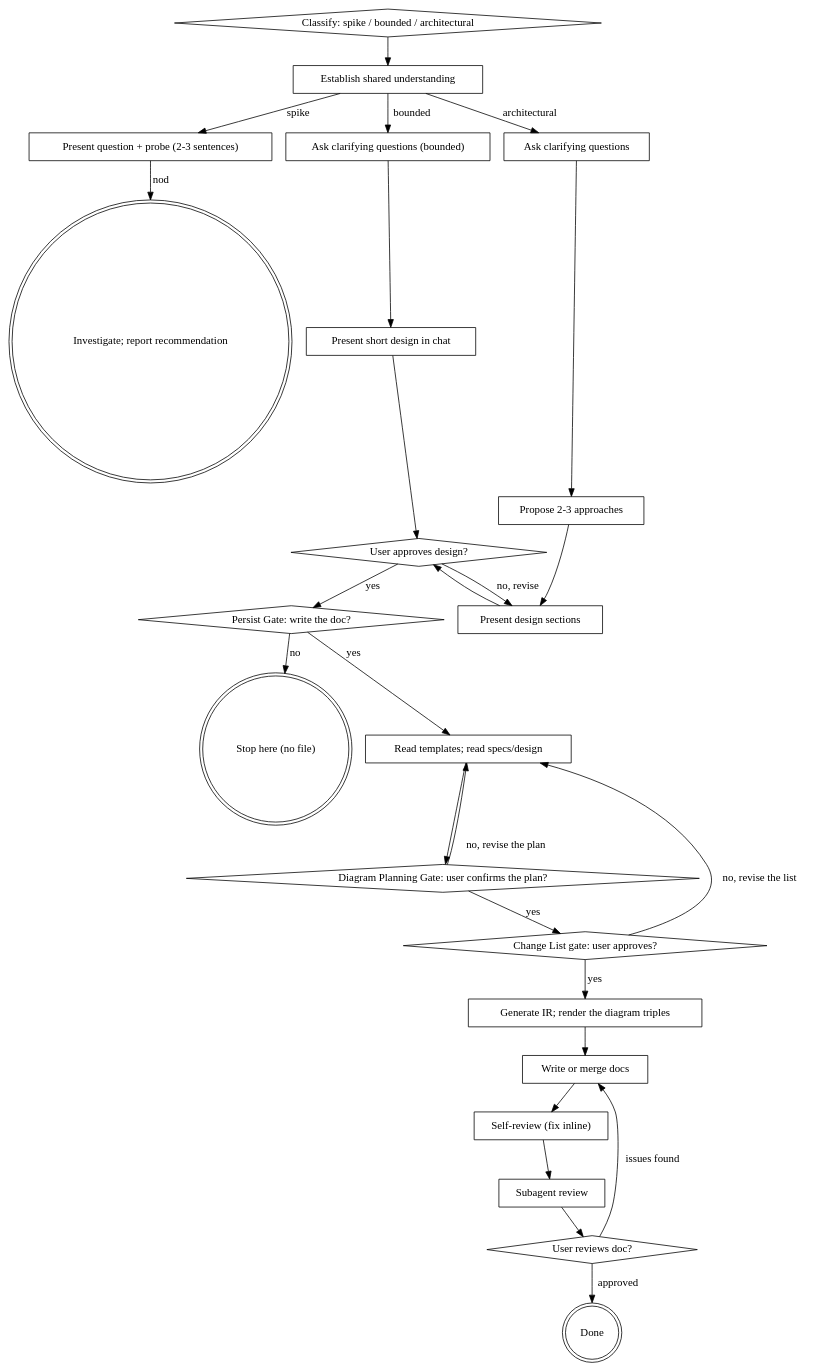
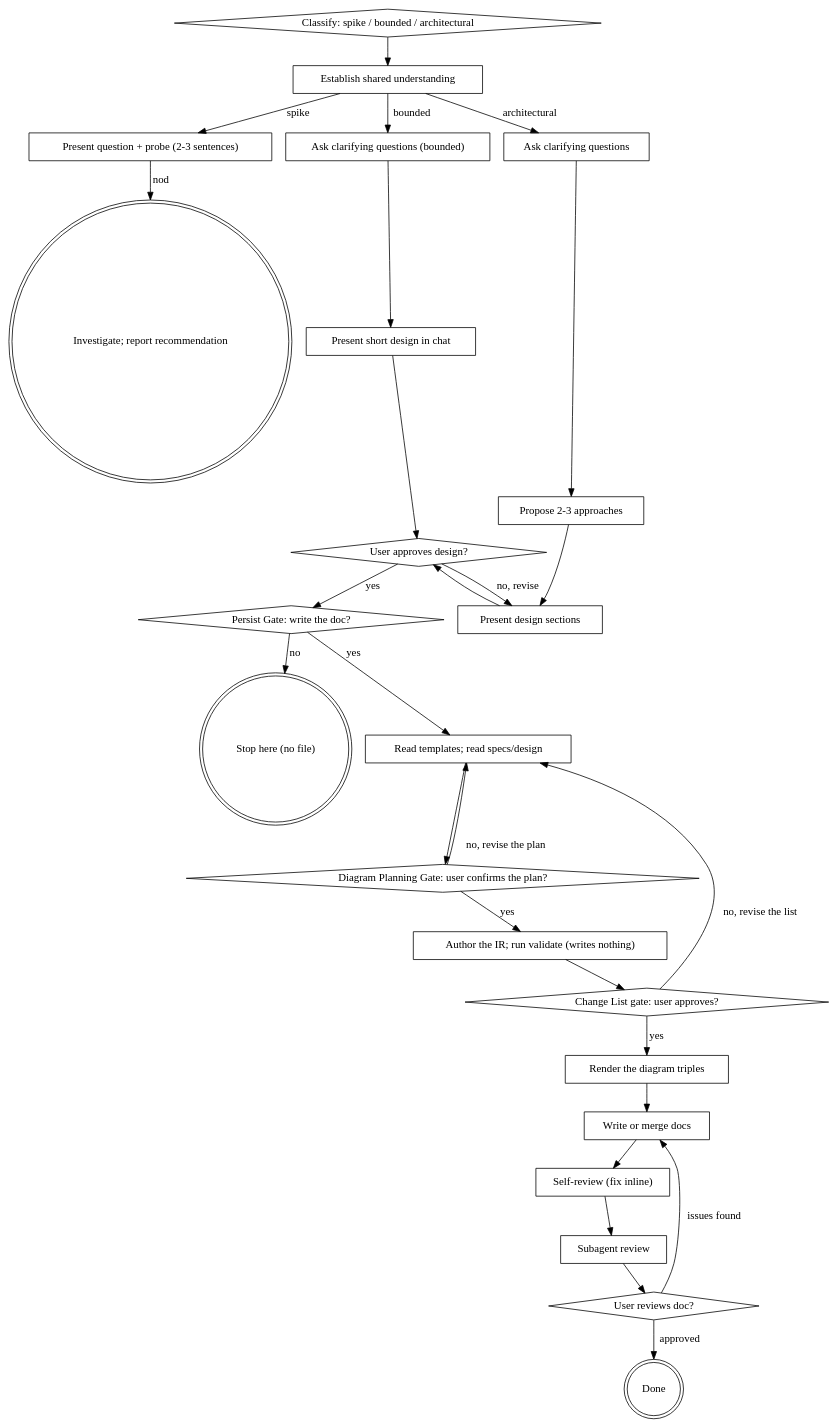
One commit to ZiyiXingYao/brainstorming-archify changed the diagram in skill/SKILL.md. Above: the diagram before and after it, drawn with Graphviz. The commit also changed other lines of this file and 5 other files, not shown here.

````diff
--- a/skill/SKILL.md
+++ b/skill/SKILL.md
@@ -193,51 +193,53 @@
 ```dot
 digraph brainstorming {
 "Classify: spike / bounded / architectural" [shape=diamond];
 "Establish shared understanding" [shape=box];
     "Present question + probe (2-3 sentences)" [shape=box];
     "Ask clarifying questions (bounded)" [shape=box];
     "Present short design in chat" [shape=box];
     "Ask clarifying questions" [shape=box];
     "Propose 2-3 approaches" [shape=box];
     "Present design sections" [shape=box];
     "User approves design?" [shape=diamond];
     "Investigate; report recommendation" [shape=doublecircle];
     "Persist Gate: write the doc?" [shape=diamond];
     "Stop here (no file)" [shape=doublecircle];
     "Read templates; read specs/design" [shape=box];
     "Diagram Planning Gate: user confirms the plan?" [shape=diamond];
-    "Generate IR; render the diagram triples" [shape=box];
+    "Author the IR; run validate (writes nothing)" [shape=box];
     "Change List gate: user approves?" [shape=diamond];
+    "Render the diagram triples" [shape=box];
     "Write or merge docs" [shape=box];
     "Self-review (fix inline)" [shape=box];
     "Subagent review" [shape=box];
     "User reviews doc?" [shape=diamond];
     "Done" [shape=doublecircle];
 
 "Classify: spike / bounded / architectural" -> "Establish shared understanding";
 "Establish shared understanding" -> "Present question + probe (2-3 sentences)" [label="spike"];
 "Establish shared understanding" -> "Ask clarifying questions (bounded)" [label="bounded"];
 "Establish shared understanding" -> "Ask clarifying questions" [label="architectural"];
     "Present question + probe (2-3 sentences)" -> "Investigate; report recommendation" [label="nod"];
     "Ask clarifying questions (bounded)" -> "Present short design in chat";
     "Present short design in chat" -> "User approves design?";
     "Ask clarifying questions" -> "Propose 2-3 approaches";
     "Propose 2-3 approaches" -> "Present design sections";
     "Present design sections" -> "User approves design?";
     "User approves design?" -> "Present design sections" [label="no, revise"];
     "User approves design?" -> "Persist Gate: write the doc?" [label="yes"];
     "Persist Gate: write the doc?" -> "Stop here (no file)" [label="no"];
     "Persist Gate: write the doc?" -> "Read templates; read specs/design" [label="yes"];
     "Read templates; read specs/design" -> "Diagram Planning Gate: user confirms the plan?";
-    "Diagram Planning Gate: user confirms the plan?" -> "Change List gate: user approves?" [label="yes"];
+    "Diagram Planning Gate: user confirms the plan?" -> "Author the IR; run validate (writes nothing)" [label="yes"];
     "Diagram Planning Gate: user confirms the plan?" -> "Read templates; read specs/design" [label="no, revise the plan"];
-    "Change List gate: user approves?" -> "Generate IR; render the diagram triples" [label="yes"];
+    "Author the IR; run validate (writes nothing)" -> "Change List gate: user approves?";
+    "Change List gate: user approves?" -> "Render the diagram triples" [label="yes"];
     "Change List gate: user approves?" -> "Read templates; read specs/design" [label="no, revise the list"];
-    "Generate IR; render the diagram triples" -> "Write or merge docs";
+    "Render the diagram triples" -> "Write or merge docs";
     "Write or merge docs" -> "Self-review (fix inline)";
     "Self-review (fix inline)" -> "Subagent review";
     "Subagent review" -> "User reviews doc?";
     "User reviews doc?" -> "Write or merge docs" [label="issues found"];
     "User reviews doc?" -> "Done" [label="approved"];
 }
 ```
````
